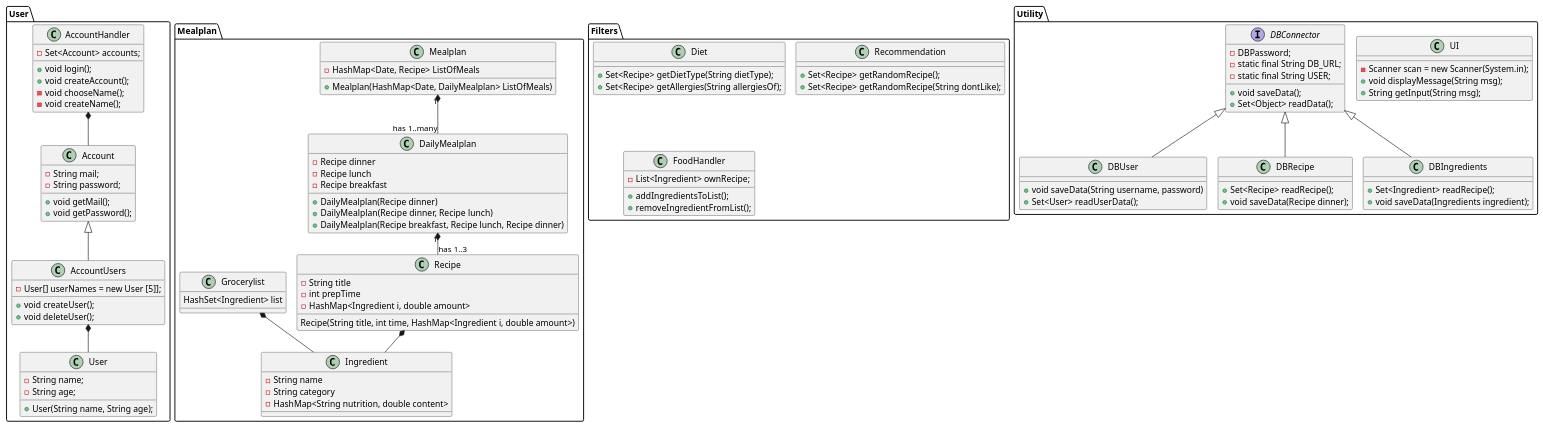
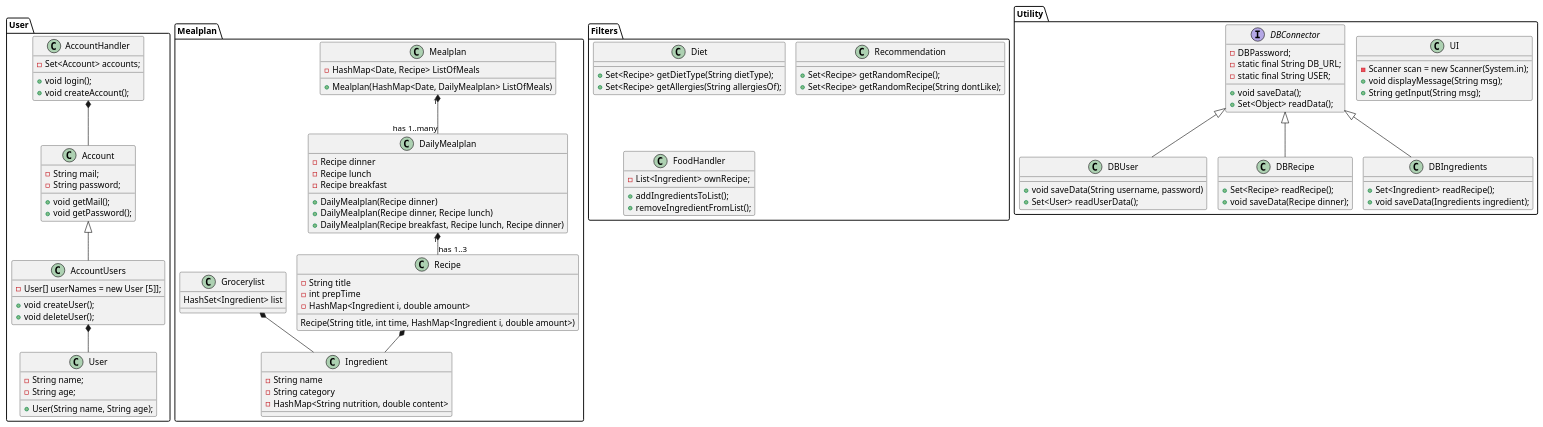
The diagram in Documents/Class Diagram.puml (lassekh/ICE), drawn with PlantUML before and after one commit. The commit also changed 11 other files, not shown here.

Commit message:
accountHandler methods created

```diff
--- a/Documents/Class Diagram.puml
+++ b/Documents/Class Diagram.puml
@@ -1,135 +1,135 @@
 @startuml
 'https://plantuml.com/class-diagram
 !pragma layout smetana
 
 Package User{
 class Account
 class AccountUsers
 class AccountHandler
 class User
 
 'Label on relations
 Account <|-- AccountUsers
 AccountHandler *-- Account
 AccountUsers *-- User
 
 'Methods and attributes
 Account : - String mail;
 Account : - String password;
 Account : + void getMail();
 Account : + void getPassword();
 
 AccountUsers : - User[] userNames = new User [5]];
 AccountUsers : + void createUser();
 AccountUsers : + void deleteUser();
 
 AccountHandler : + void login();
 AccountHandler : + void createAccount();
 AccountHandler : - Set<Account> accounts;
-AccountHandler : - void chooseName();
-AccountHandler : - void createName();
+'AccountHandler : - void chooseName();
+'AccountHandler : - void createName();
 
 User : - String name;
 User : - String age;
 User : + User(String name, String age);
 
 }
 
 Package Mealplan{
 class Mealplan
 Mealplan : - HashMap<Date, Recipe> ListOfMeals
 Mealplan : + Mealplan(HashMap<Date, DailyMealplan> ListOfMeals)
 
 class DailyMealplan
 DailyMealplan : - Recipe dinner
 DailyMealplan : - Recipe lunch
 DailyMealplan : - Recipe breakfast
 DailyMealplan : + DailyMealplan(Recipe dinner)
 DailyMealplan : + DailyMealplan(Recipe dinner, Recipe lunch)
 DailyMealplan : + DailyMealplan(Recipe breakfast, Recipe lunch, Recipe dinner)
 
 class Recipe
 Recipe : - String title
 Recipe : - int prepTime
 Recipe : - HashMap<Ingredient i, double amount>
 Recipe : Recipe(String title, int time, HashMap<Ingredient i, double amount>)
 
 class Ingredient
 Ingredient : - String name
 Ingredient : - String category
 Ingredient : - HashMap<String nutrition, double content>
 
 class Grocerylist
 Grocerylist : HashSet<Ingredient> list
 
 'Label on relations
 Mealplan "1" *-- "has 1..many" DailyMealplan
 DailyMealplan "1" *-- "has 1..3" Recipe
 Recipe *-- Ingredient
 Grocerylist *-- Ingredient
 }
 
 Package Filters{
 class Diet
 'behøves felter vedr. diæt typer?
 'Diet : - String lowCarb;
 'Diet : - String keto;
 
 Diet : + Set<Recipe> getDietType(String dietType);
 Diet : + Set<Recipe> getAllergies(String allergiesOf);
 'evt i fremtiden en liste hvor begge kriterier indgår
 
 class Recommendation
 Recommendation : + Set<Recipe> getRandomRecipe();
 Recommendation : + Set<Recipe> getRandomRecipe(String dontLike);
 
 class FoodHandler
 FoodHandler : - List<Ingredient> ownRecipe;
 FoodHandler : + addIngredientsToList();
 FoodHandler : + removeIngredientFromList();
 
 }
 
 
 
 Package Utility{
 'class IO
 class UI
 interface DBConnector
 class DBUser
 class DBRecipe
 class DBIngredients
 
 
 UI : - Scanner scan = new Scanner(System.in);
 UI : + void displayMessage(String msg);
 UI : + String getInput(String msg);
 
 DBConnector : - DBPassword;
 DBConnector : - static final String DB_URL;
 DBConnector : - static final String USER;
 DBConnector : + void saveData();
 DBConnector : + Set<Object> readData();
 
 DBUser : + void saveData(String username, password)
 DBUser : + Set<User> readUserData();
 
 DBRecipe : + Set<Recipe> readRecipe();
 DBRecipe : + void saveData(Recipe dinner);
 
 DBIngredients : + Set<Ingredient> readRecipe();
 DBIngredients : + void saveData(Ingredients ingredient);
 
 }
 
 
 'Label on relations
 DBConnector <|-- DBUser
 DBConnector <|-- DBRecipe
 DBConnector <|-- DBIngredients
 
 'User *-- Grocerylist
 'Recipe *-- Diet
 'Recipe *-- DBConnector
 'Ingredient *-- DBConnector
 @enduml
```
